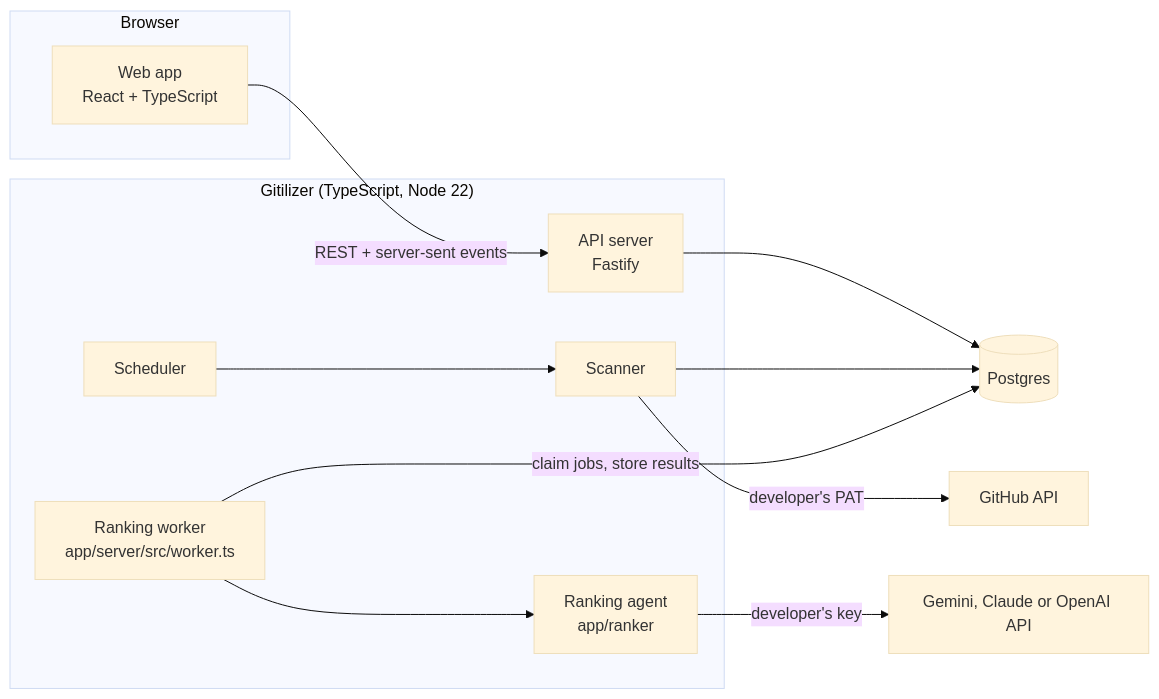
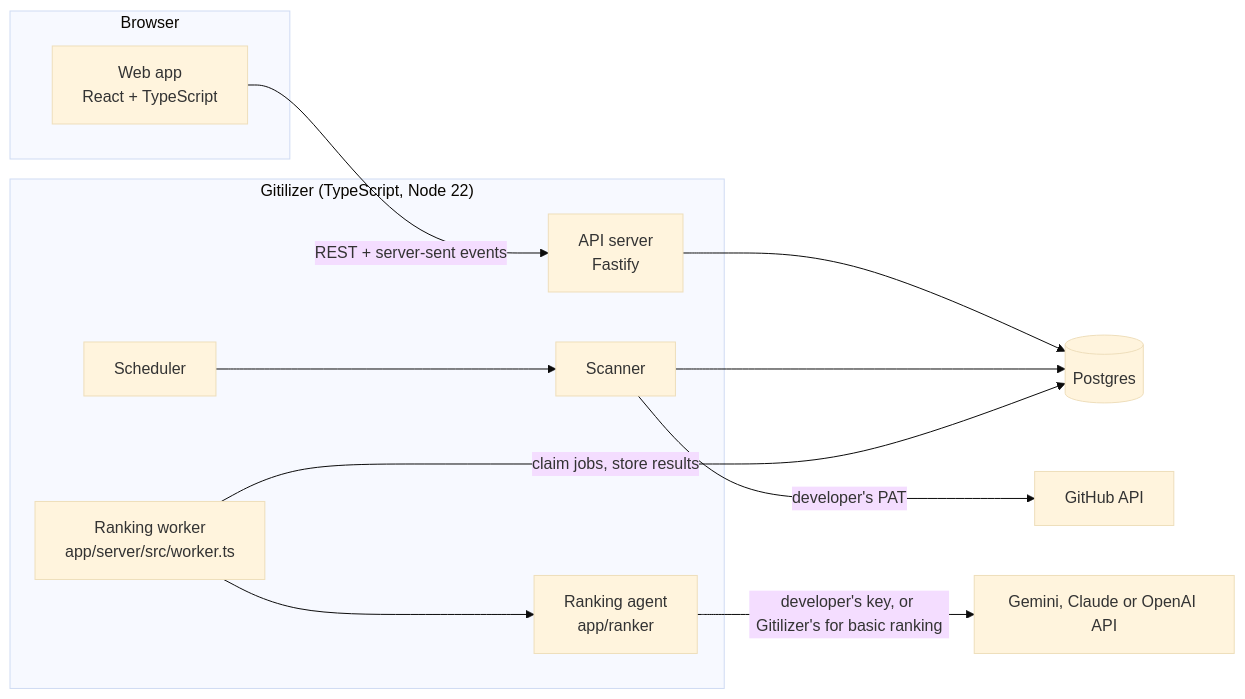
One commit to brianquinlan/gitilizer changed the diagram in contributor/DESIGN.md. Above: the diagram before and after it, drawn with Mermaid (base theme). The commit also changed other lines of this file and 46 other files, not shown here.

First line of the commit message:
Simplified setup and basic ranking

````diff
--- a/contributor/DESIGN.md
+++ b/contributor/DESIGN.md
@@ -98,25 +101,25 @@
 ```mermaid
 flowchart LR
   subgraph Browser
     WEB["Web app<br/>React + TypeScript"]
   end
   subgraph "Gitilizer (TypeScript, Node 22)"
     API["API server<br/>Fastify"]
     SCH["Scheduler"]
     SCN["Scanner"]
     WRK["Ranking worker<br/>app/server/src/worker.ts"]
     AGT["Ranking agent<br/>app/ranker"]
   end
   DB[("Postgres")]
   GH["GitHub API"]
   GM["Gemini, Claude or OpenAI API"]
 
   WEB -- "REST + server-sent events" --> API
   API --> DB
   SCH --> SCN
   SCN -- "developer's PAT" --> GH
   SCN --> DB
   WRK -- "claim jobs, store results" --> DB
   WRK --> AGT
-  AGT -- "developer's key" --> GM
+  AGT -- "developer's key, or Gitilizer's for basic ranking" --> GM
 ```
````
